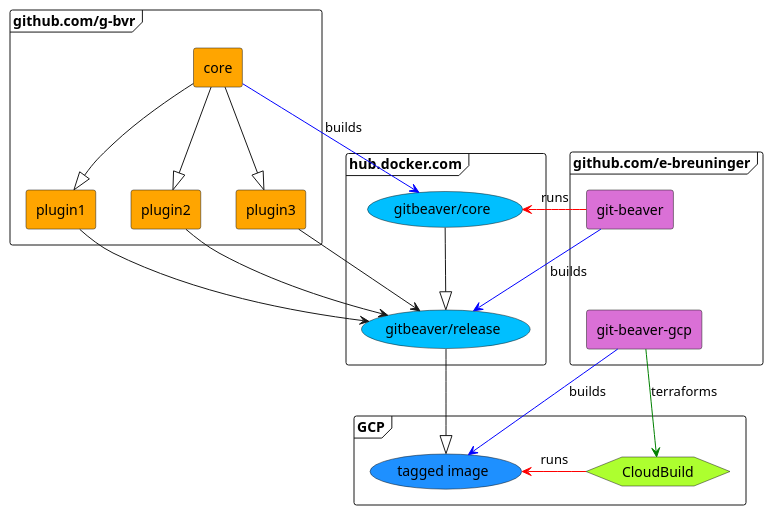
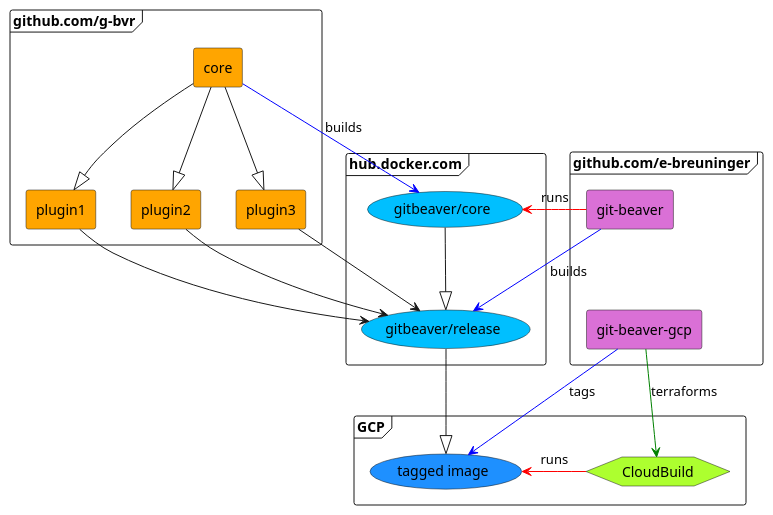
Before and after one commit to e-breuninger/git-beaver: the diagram in puml/build.puml, drawn with PlantUML.

```diff
--- a/puml/build.puml
+++ b/puml/build.puml
@@ -1,39 +1,39 @@
 @startuml
 frame github.com/g-bvr {
 agent core #orange
 agent plugin1 #orange
 agent plugin2 #orange
 agent plugin3 #orange
 }
 frame hub.docker.com {
 (gitbeaver/core) #deepskyblue
 (gitbeaver/release) #deepskyblue
 }
 frame github.com/e-breuninger {
 agent "git-beaver" #orchid
 agent "git-beaver-gcp" #orchid
 }
 
 frame GCP {
 (tagged image) #dodgerblue
 hexagon CloudBuild #greenyellow
 }
 
 
 (core) --|> (plugin1)
 (core) --|> (plugin2)
 (core) --|> (plugin3)
 (core) -[#blue]> (gitbeaver/core) : builds
 (gitbeaver/core) --|> (gitbeaver/release)
 (plugin1) --> (gitbeaver/release)
 (plugin2) --> (gitbeaver/release)
 (plugin3) --> (gitbeaver/release)
 (git-beaver) -[#blue]l--> (gitbeaver/release) : builds
 (git-beaver) -[hidden]-> (git-beaver-gcp)
 (gitbeaver/core)<-[#red]l-(git-beaver) : runs
 (git-beaver-gcp)-[#green]->(CloudBuild) : terraforms
 (gitbeaver/release)--|>(tagged image)
-(git-beaver-gcp) -[#blue]-> (tagged image) : builds
+(git-beaver-gcp) -[#blue]-> (tagged image) : tags
 (tagged image) <-[#red] (CloudBuild) : runs
 
 @enduml
```
